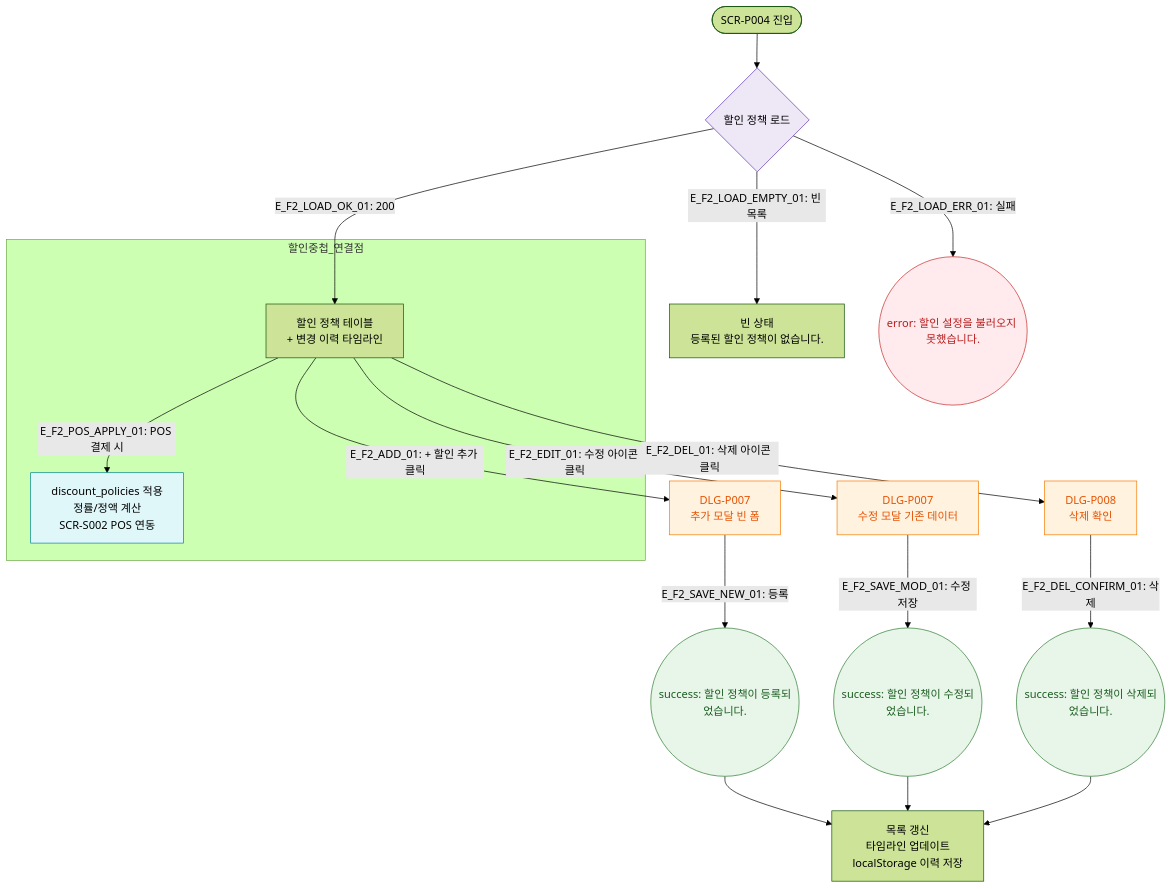
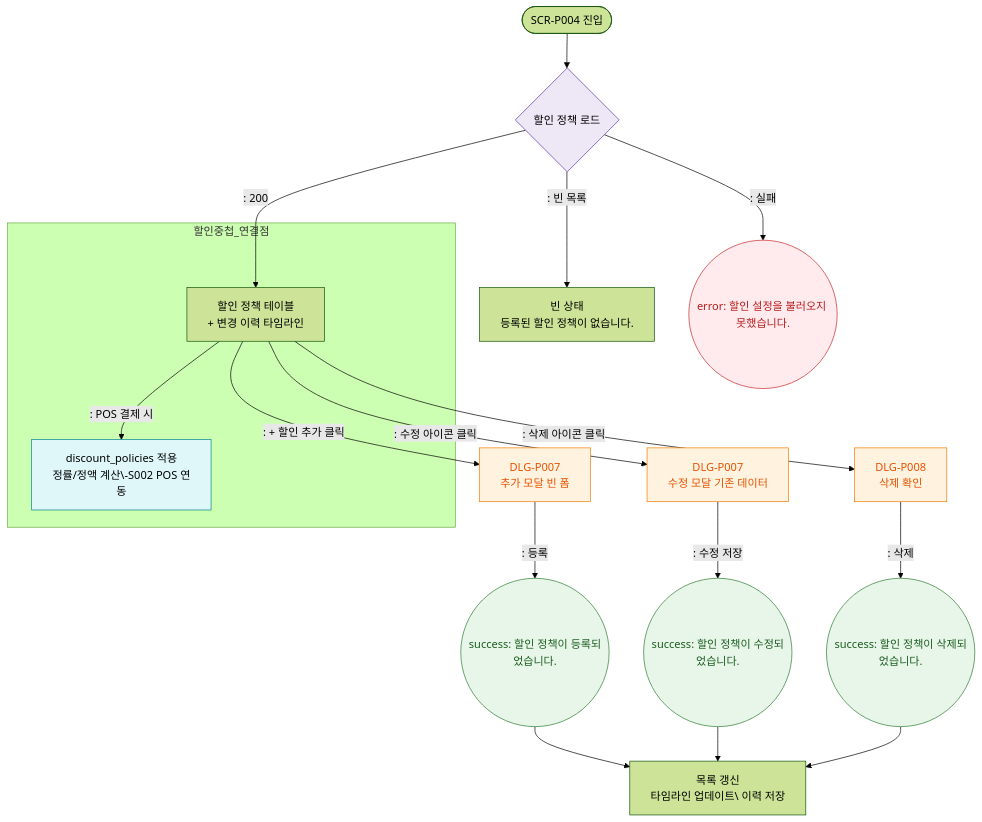
Before and after one commit to dev-spogym/admin-pando: the diagram in docs/다이어그램/D05_상품관리/SCR-P004_할인설정/F2_메인인터랙션.md, drawn with Mermaid (forest theme). The commit also changed other lines of this file and 1660 other files, not shown here.

First line of the commit message:
다이어그램: 기획자/클라이언트 납품본으로 정리

````diff
--- a/docs/다이어그램/D05_상품관리/SCR-P004_할인설정/F2_메인인터랙션.md
+++ b/docs/다이어그램/D05_상품관리/SCR-P004_할인설정/F2_메인인터랙션.md
@@ -19,33 +17,33 @@
 ```mermaid
 flowchart TD
     START([SCR-P004 진입]) --> Load{할인 정책 로드}
-    Load -->|"E_F2_LOAD_OK_01: 200"| ListView[할인 정책 테이블\n+ 변경 이력 타임라인]
-    Load -->|"E_F2_LOAD_EMPTY_01: 빈 목록"| EmptyState[빈 상태\n등록된 할인 정책이 없습니다.]
-    Load -->|"E_F2_LOAD_ERR_01: 실패"| ErrLoad((error: 할인 설정을 불러오지 못했습니다.))
+    Load -->|": 200"|ListView[할인 정책 테이블\n+ 변경 이력 타임라인]
+    Load -->|": 빈 목록"|EmptyState[빈 상태\n등록된 할인 정책이 없습니다.]
+    Load -->|": 실패"|ErrLoad((error: 할인 설정을 불러오지 못했습니다.))
 
-    ListView -->|"E_F2_ADD_01: + 할인 추가 클릭"| DLG_P007_NEW[DLG-P007\n추가 모달 빈 폼]
-    ListView -->|"E_F2_EDIT_01: 수정 아이콘 클릭"| DLG_P007_EDIT[DLG-P007\n수정 모달 기존 데이터]
-    ListView -->|"E_F2_DEL_01: 삭제 아이콘 클릭"| DLG_P008[DLG-P008\n삭제 확인]
+    ListView -->|": + 할인 추가 클릭"|DLG_P007_NEW[DLG-P007\n추가 모달 빈 폼]
+    ListView -->|": 수정 아이콘 클릭"|DLG_P007_EDIT[DLG-P007\n수정 모달 기존 데이터]
+    ListView -->|": 삭제 아이콘 클릭"|DLG_P008[DLG-P008\n삭제 확인]
 
-    DLG_P007_NEW -->|"E_F2_SAVE_NEW_01: 등록"| ToastReg((success: 할인 정책이 등록되었습니다.))
-    DLG_P007_EDIT -->|"E_F2_SAVE_MOD_01: 수정 저장"| ToastMod((success: 할인 정책이 수정되었습니다.))
-    DLG_P008 -->|"E_F2_DEL_CONFIRM_01: 삭제"| ToastDel((success: 할인 정책이 삭제되었습니다.))
+    DLG_P007_NEW -->|": 등록"|ToastReg((success: 할인 정책이 등록되었습니다.))
+    DLG_P007_EDIT -->|": 수정 저장"|ToastMod((success: 할인 정책이 수정되었습니다.))
+    DLG_P008 -->|": 삭제"|ToastDel((success: 할인 정책이 삭제되었습니다.))
 
-    ToastReg & ToastMod & ToastDel --> Refresh[목록 갱신\n타임라인 업데이트\nlocalStorage 이력 저장]
+    ToastReg & ToastMod & ToastDel --> Refresh[목록 갱신\n타임라인 업데이트\ 이력 저장]
 
     subgraph 할인중첩_연결점
-        ListView -->|"E_F2_POS_APPLY_01: POS 결제 시"| DiscApply[discount_policies 적용\n정률/정액 계산\nSCR-S002 POS 연동]
+        ListView -->|": POS 결제 시"|DiscApply[discount_policies 적용\n정률/정액 계산\-S002 POS 연동]
     end
 
     classDef screen fill:#E3F2FD,stroke:#1976D2,color:#0D47A1
     classDef modal fill:#FFF3E0,stroke:#F57C00,color:#E65100
     classDef success fill:#E8F5E9,stroke:#2E7D32,color:#1B5E20
     classDef error fill:#FFEBEE,stroke:#C62828,color:#B71C1C
     classDef system fill:#EDE7F6,stroke:#5E35B2
     classDef info fill:#E0F7FA,stroke:#00838F
     class DLG_P007_NEW,DLG_P007_EDIT,DLG_P008 modal
     class ToastReg,ToastMod,ToastDel success
     class ErrLoad error
     class Load system
     class DiscApply info
 ```
````
